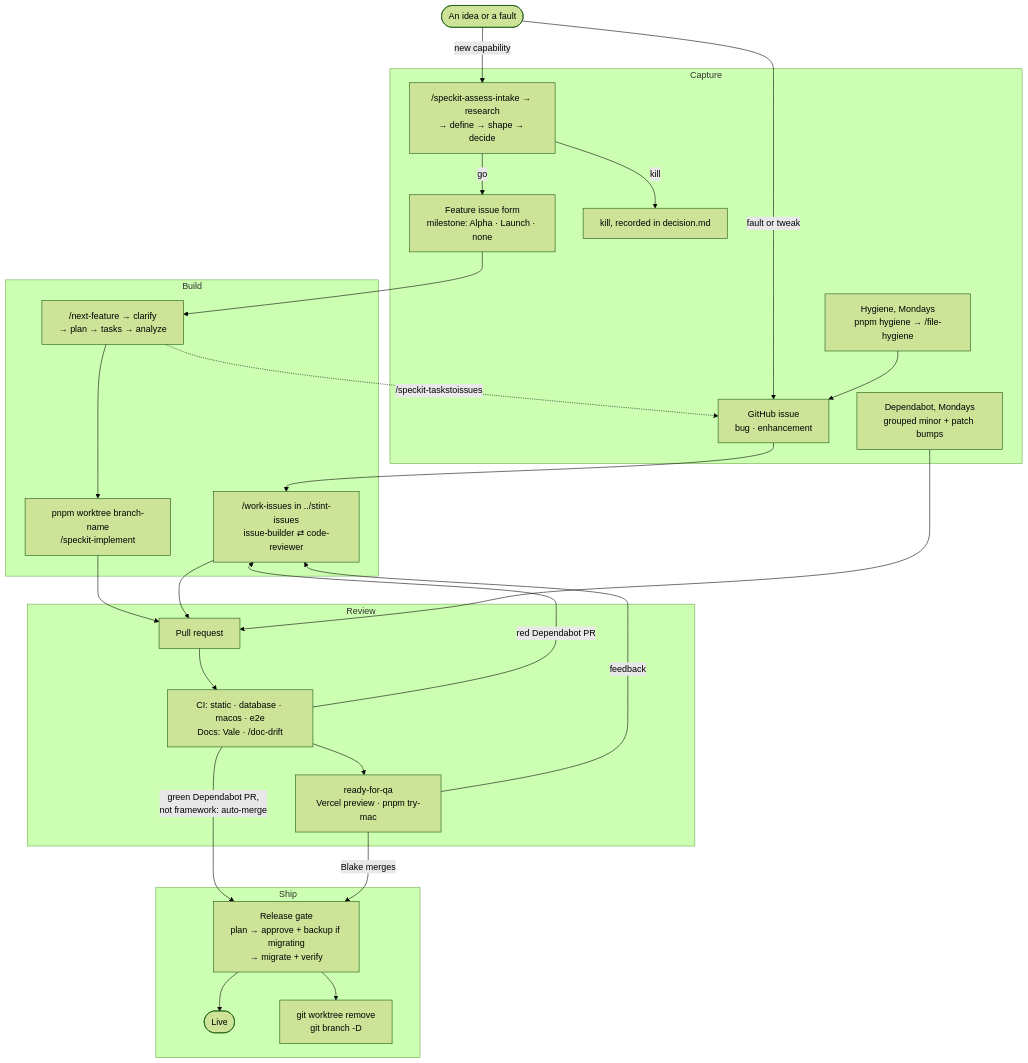
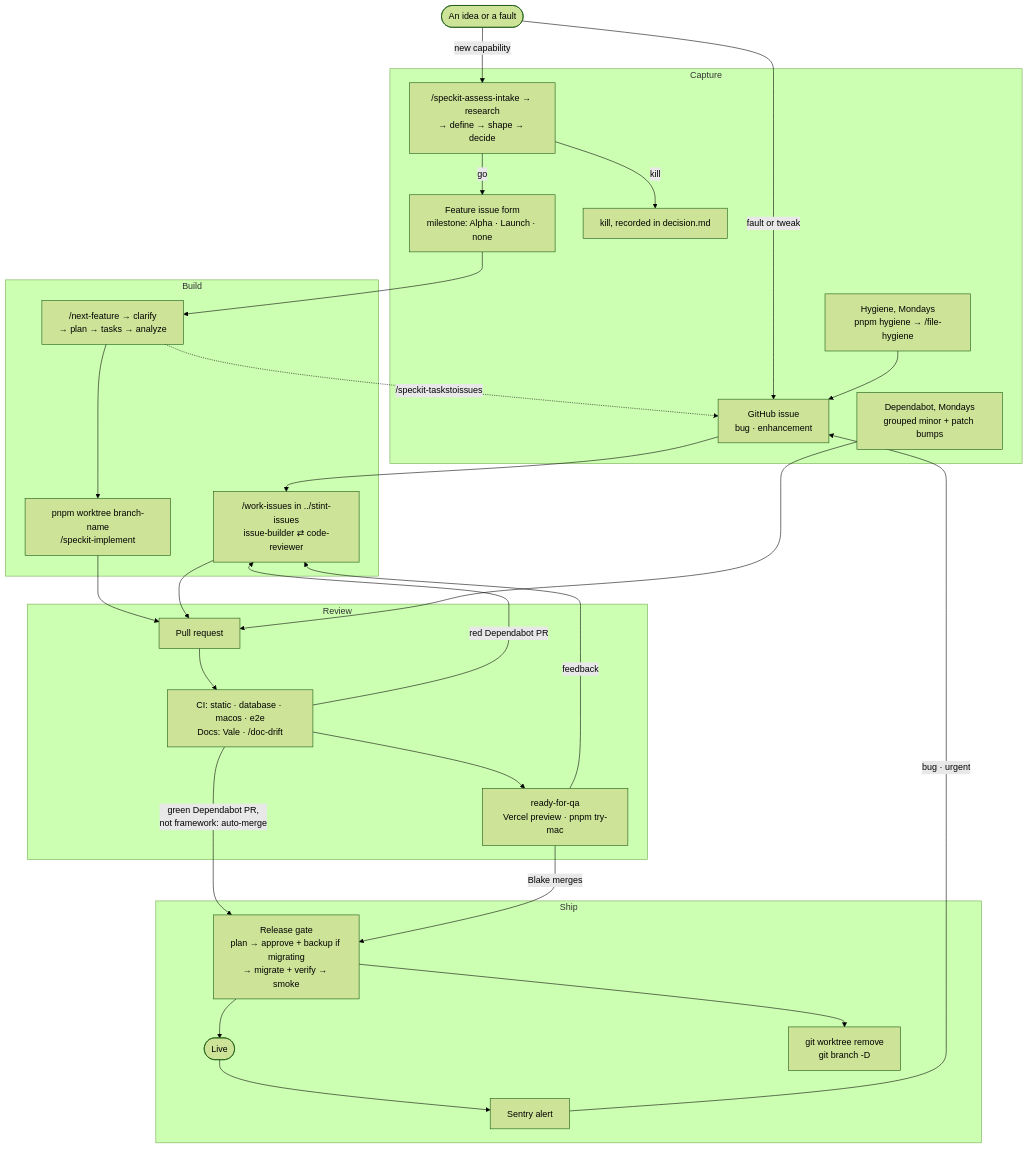
Before and after one commit to BlakeEriks/stint: the diagram in docs/sdlc.md, drawn with Mermaid (forest theme). The commit also changed other lines of this file and 17 other files, not shown here.

````diff
--- a/docs/sdlc.md
+++ b/docs/sdlc.md
@@ -6,51 +6,53 @@
 ```mermaid
 flowchart TD
   idea([An idea or a fault])
 
   subgraph Capture
     issue["GitHub issue<br/>bug · enhancement"]
     assess["/speckit-assess-intake → research<br/>→ define → shape → decide"]
     feature["Feature issue form<br/>milestone: Alpha · Launch · none"]
     killed["kill, recorded in decision.md"]
     hygiene["Hygiene, Mondays<br/>pnpm hygiene → /file-hygiene"]
     deps["Dependabot, Mondays<br/>grouped minor + patch bumps"]
   end
 
   subgraph Build
     spec["/next-feature → clarify<br/>→ plan → tasks → analyze"]
     impl["pnpm worktree branch-name<br/>/speckit-implement"]
     wi["/work-issues in ../stint-issues<br/>issue-builder ⇄ code-reviewer"]
   end
 
   subgraph Review
     pr["Pull request"]
     ci["CI: static · database · macos · e2e<br/>Docs: Vale · /doc-drift"]
     qa["ready-for-qa<br/>Vercel preview · pnpm try-mac"]
   end
 
   subgraph Ship
-    release["Release gate<br/>plan → approve + backup if migrating<br/>→ migrate + verify"]
+    release["Release gate<br/>plan → approve + backup if migrating<br/>→ migrate + verify → smoke"]
     live([Live])
     cleanup["git worktree remove<br/>git branch -D"]
+    alert["Sentry alert"]
   end
 
   idea -->|fault or tweak| issue
   idea -->|new capability| assess
   assess -->|go| feature
   assess -->|kill| killed
   hygiene --> issue
   feature --> spec
   spec --> impl
   spec -.->|/speckit-taskstoissues| issue
   issue --> wi
   impl --> pr
   wi --> pr
   deps --> pr
   pr --> ci --> qa
   ci -->|red Dependabot PR| wi
   ci -->|green Dependabot PR,<br/>not framework: auto-merge| release
   qa -->|feedback| wi
   qa -->|Blake merges| release
   release --> live
   release --> cleanup
+  live --> alert -->|bug · urgent| issue
 ```
````
